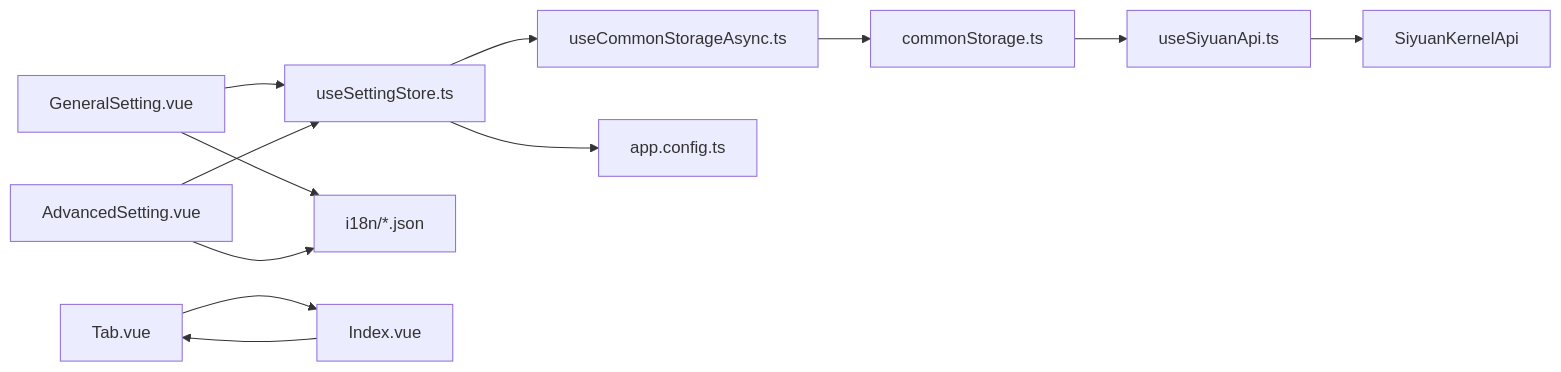
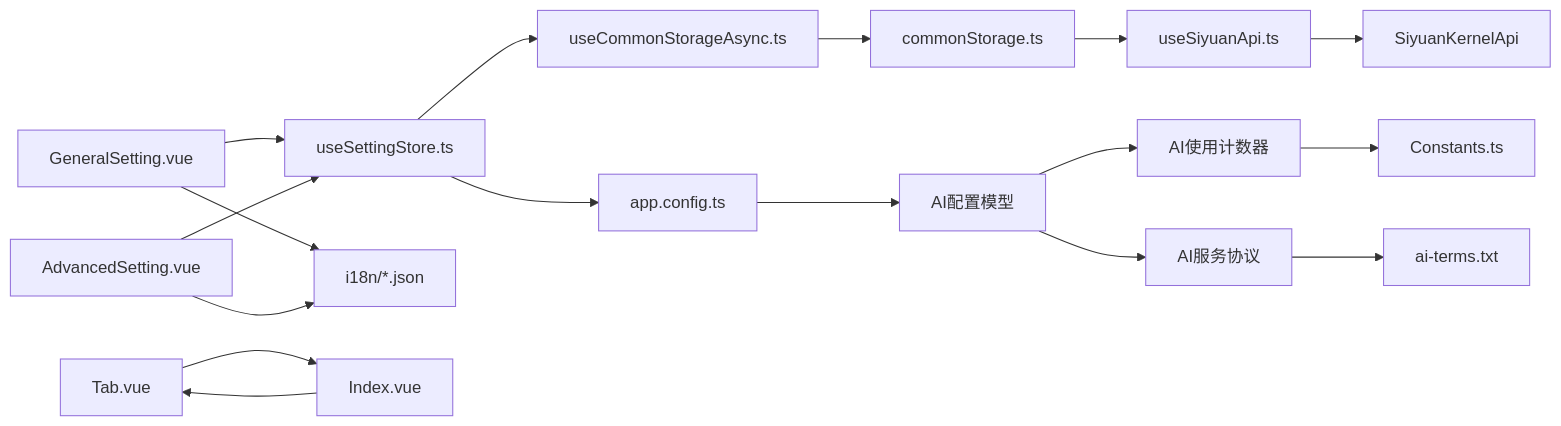
The ninth of 9 diagrams in .qoder/repowiki/zh/content/核心功能/设置管理系统/设置管理系统.md (terwer/siyuan-plugin-blog), drawn with Mermaid before and after one commit. The commit also changed other lines of this file and 31 other files, not shown here.

````diff
--- a/.qoder/repowiki/zh/content/核心功能/设置管理系统/设置管理系统.md
+++ b/.qoder/repowiki/zh/content/核心功能/设置管理系统/设置管理系统.md
@@ -329,14 +452,19 @@
 ```mermaid
 graph LR
 GEN["GeneralSetting.vue"] --> STORE["useSettingStore.ts"]
 ADV["AdvancedSetting.vue"] --> STORE
 STORE --> CS["useCommonStorageAsync.ts"]
 CS --> ADPT["commonStorage.ts"]
 ADPT --> API["useSiyuanApi.ts"]
 API --> KERNEL["SiyuanKernelApi"]
 STORE --> CFG["app.config.ts"]
 GEN --> I18N["i18n/*.json"]
 ADV --> I18N
 TAB["Tab.vue"] --> IDX["Index.vue"]
 IDX --> TAB
+CFG --> AICONFIG["AI配置模型"]
+AICONFIG --> AICOUNTER["AI使用计数器"]
+AICONFIG --> AITERMS["AI服务协议"]
+AICOUNTER --> USAGECONST["Constants.ts"]
+AITERMS --> TERMSFILE["ai-terms.txt"]
 ```
````
